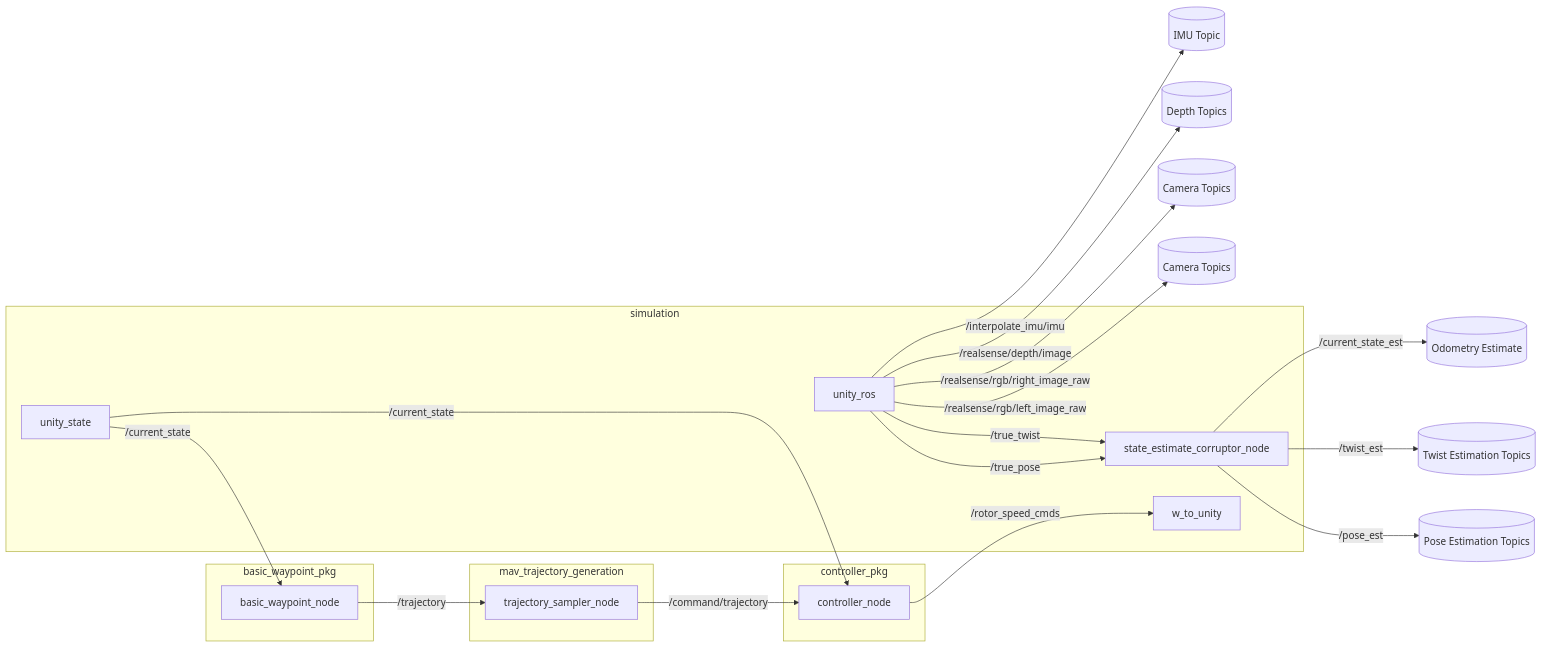
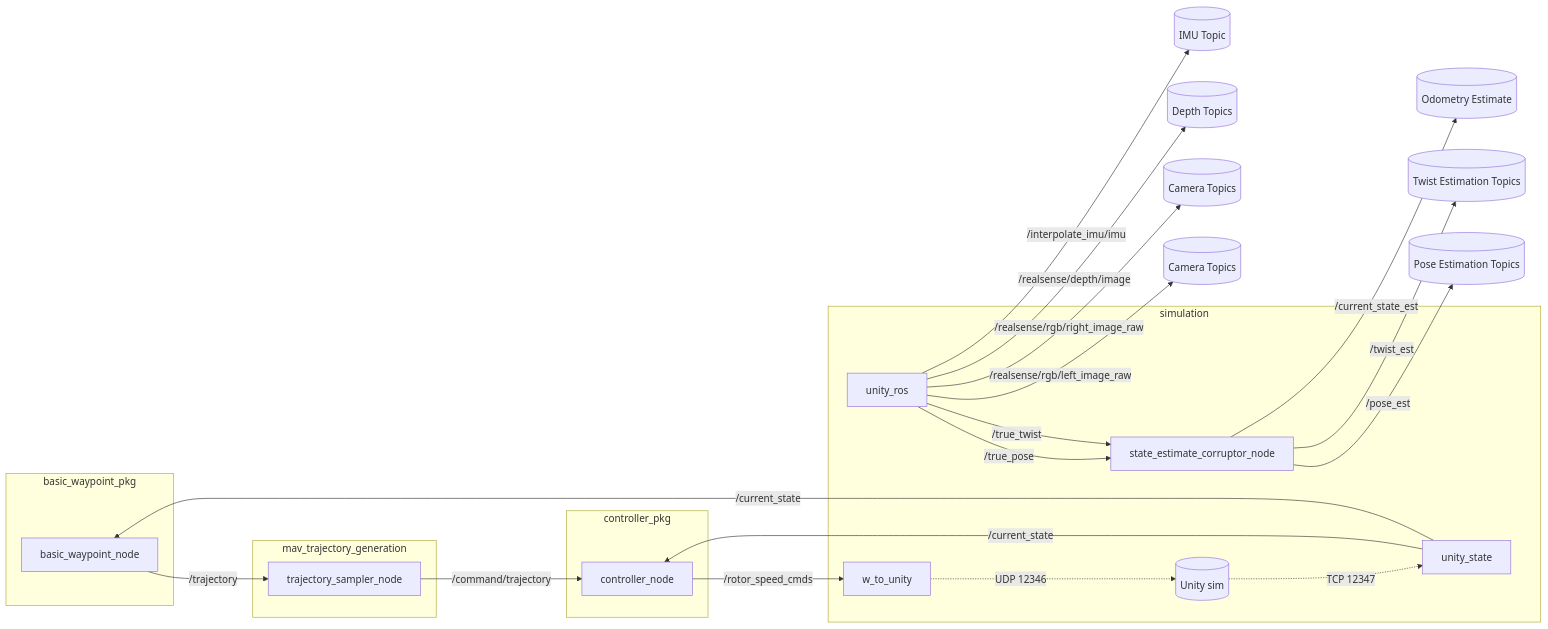
Before and after one commit to lkitzbichler/Autonomous-Systems-Sub-Terrain-Challenge-GR04: the second of 3 diagrams in README.md, drawn with Mermaid.

Commit message:
Fixed readme chart representation of current state of the repo

````diff
--- a/README.md
+++ b/README.md
@@ -203,43 +203,46 @@
 ```mermaid
 flowchart LR
   %% Packages
   subgraph basic_waypoint_pkg
     planner[basic_waypoint_node]
   end
 
   subgraph mav_trajectory_generation
     sampler[trajectory_sampler_node]
   end
 
   subgraph controller_pkg
     controller[controller_node]
   end
 
   subgraph simulation
     unity_state[unity_state]
     unity_ros[unity_ros]
     corruptor[state_estimate_corruptor_node]
     w_to_unity[w_to_unity]
+    unity_sim[(Unity sim)]
   end
 
   %% Core control loop
   unity_state -- "/current_state" --> planner
   unity_state -- "/current_state" --> controller
   planner -- "/trajectory" --> sampler
   sampler -- "/command/trajectory" --> controller
   controller -- "/rotor_speed_cmds" --> w_to_unity
+  w_to_unity -. "UDP 12346" .-> unity_sim
+  unity_sim -. "TCP 12347" .-> unity_state
 
   %% Sensor stream + state corruption
   unity_ros -- "/true_pose" --> corruptor
   unity_ros -- "/true_twist" --> corruptor
   corruptor -- "/pose_est" --> pose_est_topic[(Pose Estimation Topics)]
   corruptor -- "/twist_est" --> twist_est_topic[(Twist Estimation Topics)]
   corruptor -- "/current_state_est" --> state_est_topic[(Odometry Estimate)]
 
   %% Unity sensor topics (remapped)
   unity_ros -- "/realsense/rgb/left_image_raw" --> cam_left[(Camera Topics)]
   unity_ros -- "/realsense/rgb/right_image_raw" --> cam_right[(Camera Topics)]
   unity_ros -- "/realsense/depth/image" --> depth[(Depth Topics)]
   unity_ros -- "/interpolate_imu/imu" --> imu[(IMU Topic)]
 
 ```
````
